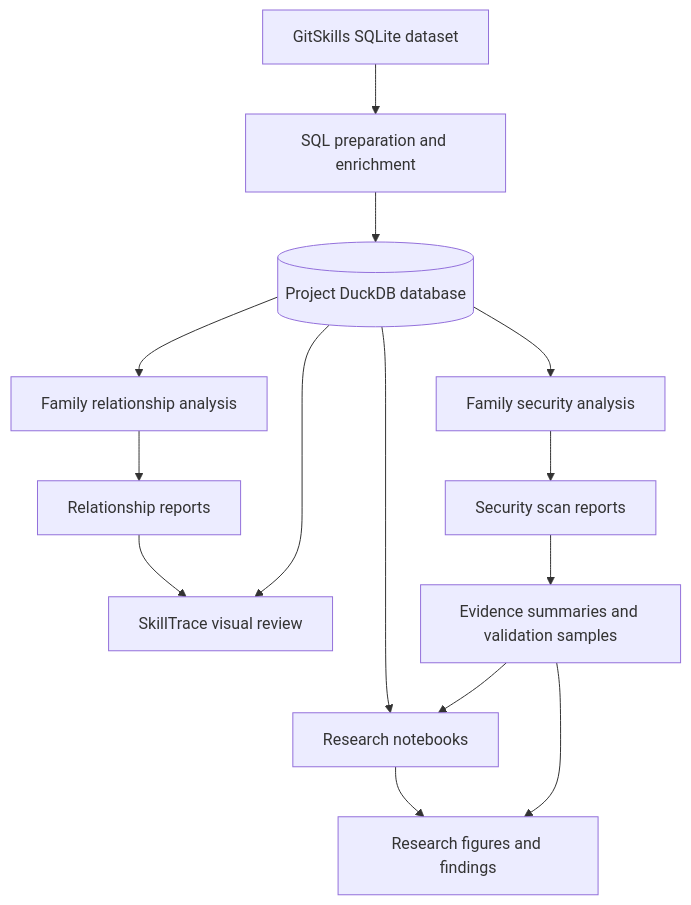
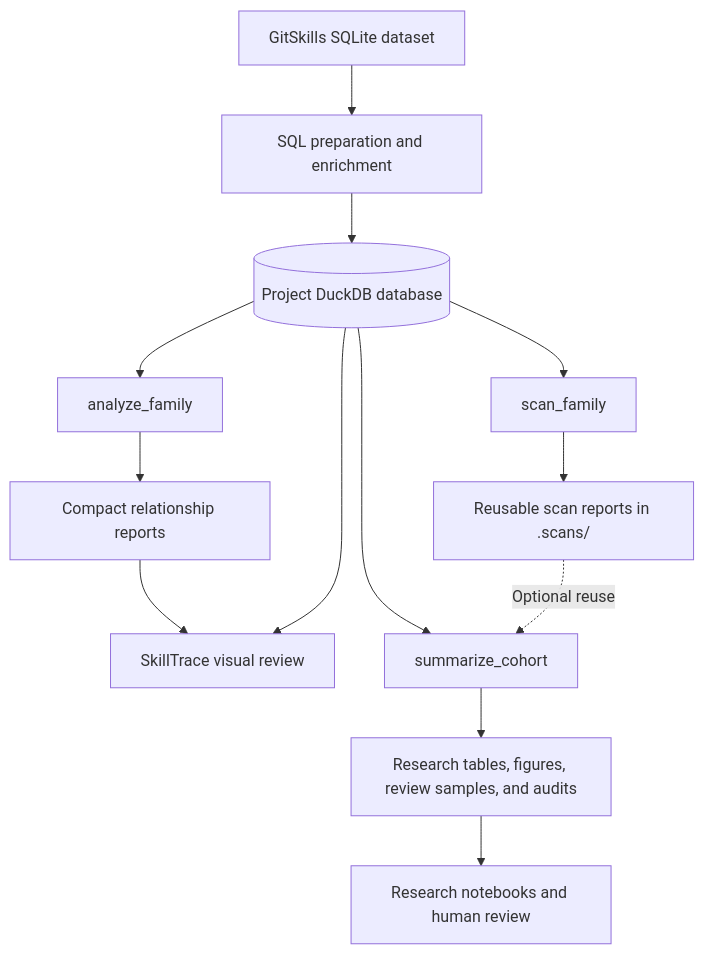
One commit to umdnp/csc580-project8 changed the first of 3 diagrams in docs/design/ARCHITECTURE.md. Above: the diagram before and after it, drawn with Mermaid. The commit also changed other lines of this file and 14 other files, not shown here.

````diff
--- a/docs/design/ARCHITECTURE.md
+++ b/docs/design/ARCHITECTURE.md
@@ -21,18 +21,17 @@
 ```mermaid
 flowchart TB
     GS["GitSkills SQLite dataset"] --> PREP["SQL preparation and enrichment"]
     PREP --> DB[("Project DuckDB database")]
 
-    DB --> FAMILY["Family relationship analysis"]
-    DB --> SCAN["Family security analysis"]
-    FAMILY --> FREPORT["Relationship reports"]
-    SCAN --> SREPORT["Security scan reports"]
+    DB --> ANALYZE["analyze_family"]
+    ANALYZE --> REL["Compact relationship reports"]
+    REL --> ST["SkillTrace visual review"]
+    DB --> ST
 
-    FREPORT --> ST["SkillTrace visual review"]
-    DB --> ST
-    SREPORT --> SUMMARY["Evidence summaries and validation samples"]
-    DB --> NOTE["Research notebooks"]
-    SUMMARY --> NOTE
-    NOTE --> RESULTS["Research figures and findings"]
-    SUMMARY --> RESULTS
+    DB --> SCAN["scan_family"]
+    SCAN --> CACHE["Reusable scan reports in .scans/"]
+    DB --> COHORT["summarize_cohort"]
+    CACHE -. "Optional reuse" .-> COHORT
+    COHORT --> RESULTS["Research tables, figures, review samples, and audits"]
+    RESULTS --> NOTE["Research notebooks and human review"]
 ```
````
